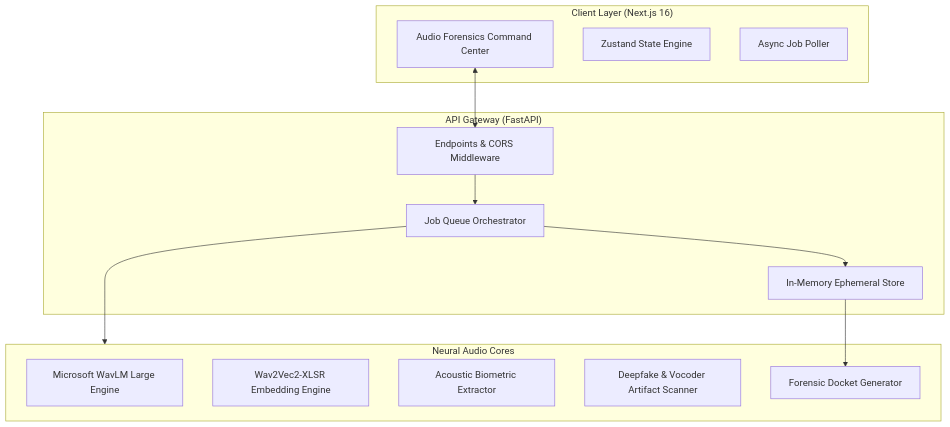
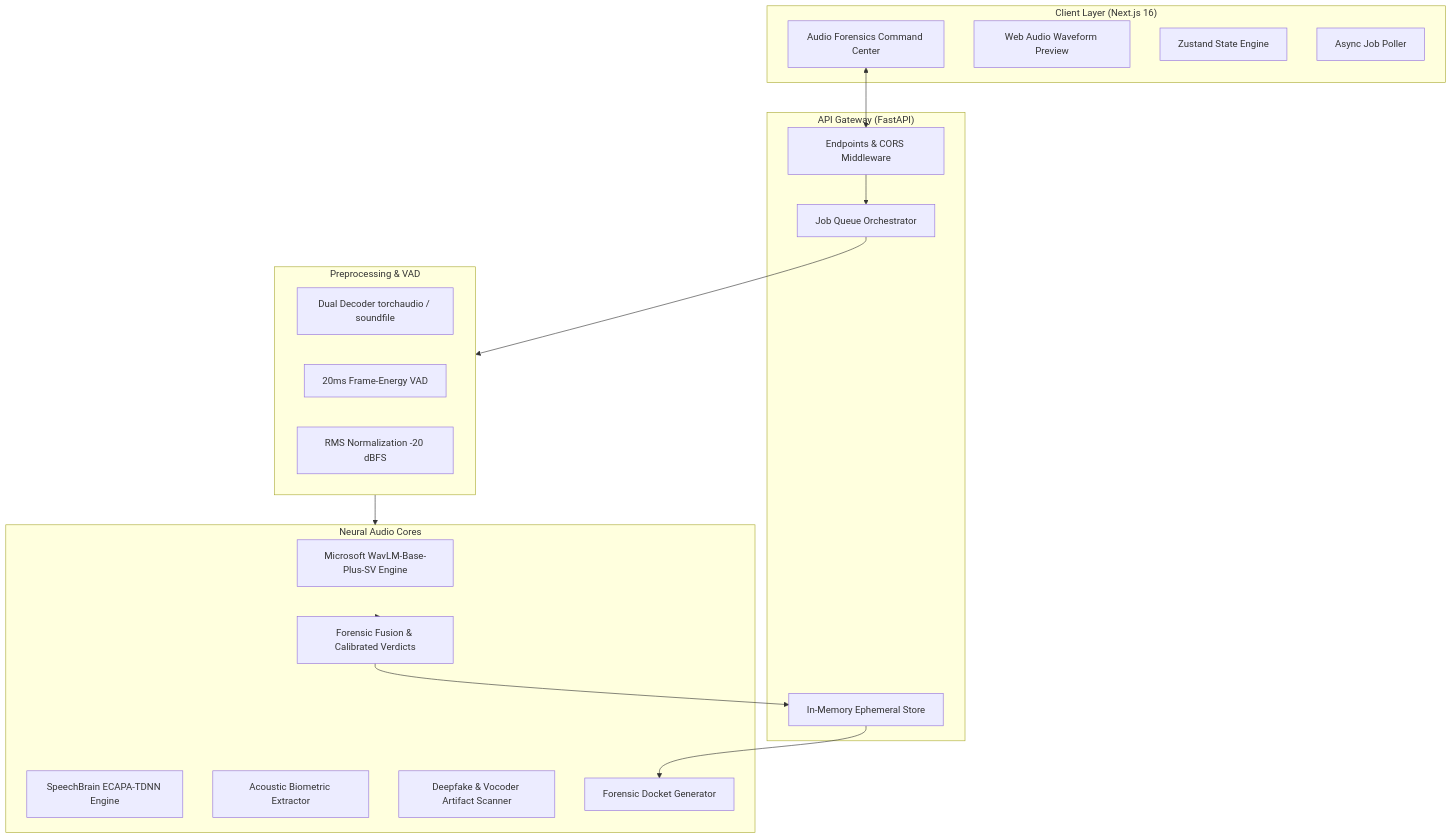
The diagram in README.md (yusufcalisir/Forenlytics), drawn with Mermaid before and after one commit. The commit also changed other lines of this file and 11 other files, not shown here.

Commit message:
feat(audio): harden forensic audio pipeline with VAD, windowed WavLM, calibrated verdicts, and UI overhaul

````diff
--- a/README.md
+++ b/README.md
@@ -54,28 +79,38 @@
 ```mermaid
 graph TD
     subgraph Client ["Client Layer (Next.js 16)"]
         UI[Audio Forensics Command Center]
+        Wave[Web Audio Waveform Preview]
         Store[Zustand State Engine]
         Poll[Async Job Poller]
     end
 
     subgraph API ["API Gateway (FastAPI)"]
         Router[Endpoints & CORS Middleware]
         Manager[Job Queue Orchestrator]
         Session[In-Memory Ephemeral Store]
     end
 
+    subgraph Preproc ["Preprocessing & VAD"]
+        DEC[Dual Decoder torchaudio / soundfile]
+        VAD[20ms Frame-Energy VAD]
+        NRM[RMS Normalization -20 dBFS]
+    end
+
     subgraph Cores ["Neural Audio Cores"]
-        WLM[Microsoft WavLM Large Engine]
-        W2V[Wav2Vec2-XLSR Embedding Engine]
+        WLM[Microsoft WavLM-Base-Plus-SV Engine]
+        ECP[SpeechBrain ECAPA-TDNN Engine]
         BIO[Acoustic Biometric Extractor]
         DFK[Deepfake & Vocoder Artifact Scanner]
+        FUS[Forensic Fusion & Calibrated Verdicts]
         RPT[Forensic Docket Generator]
     end
 
     UI <--> Router
     Router --> Manager
-    Manager --> Session
-    Manager --> Cores
+    Manager --> Preproc
+    Preproc --> Cores
+    Cores --> FUS
+    FUS --> Session
     Session --> RPT
 ```
````
